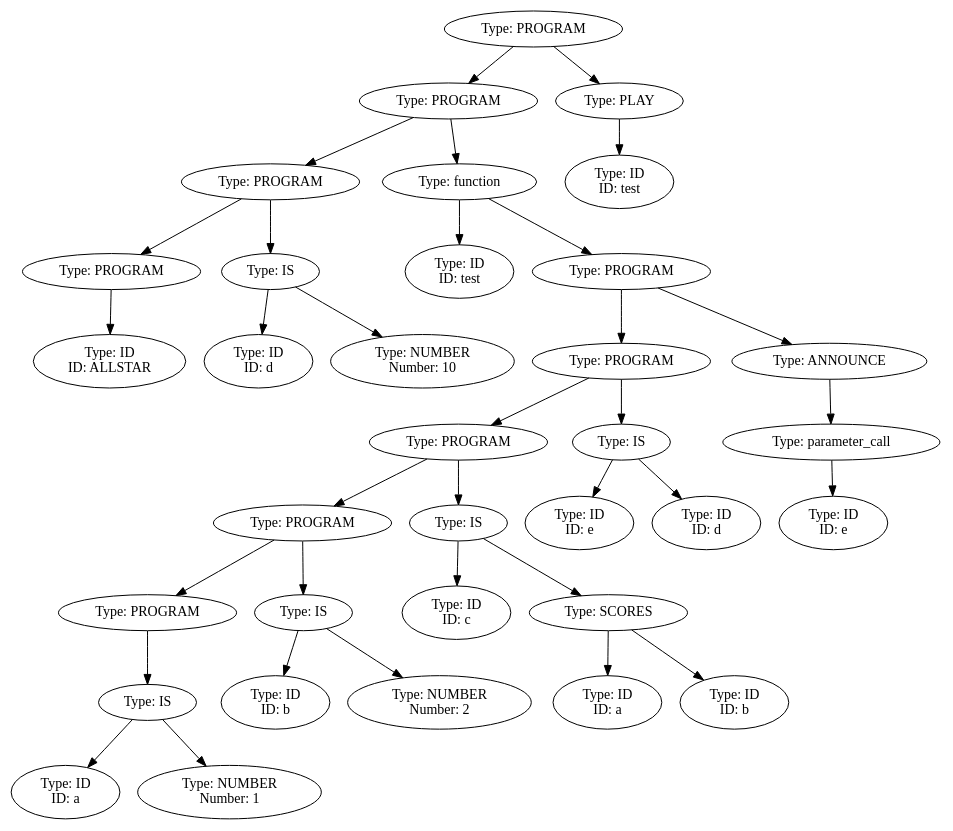
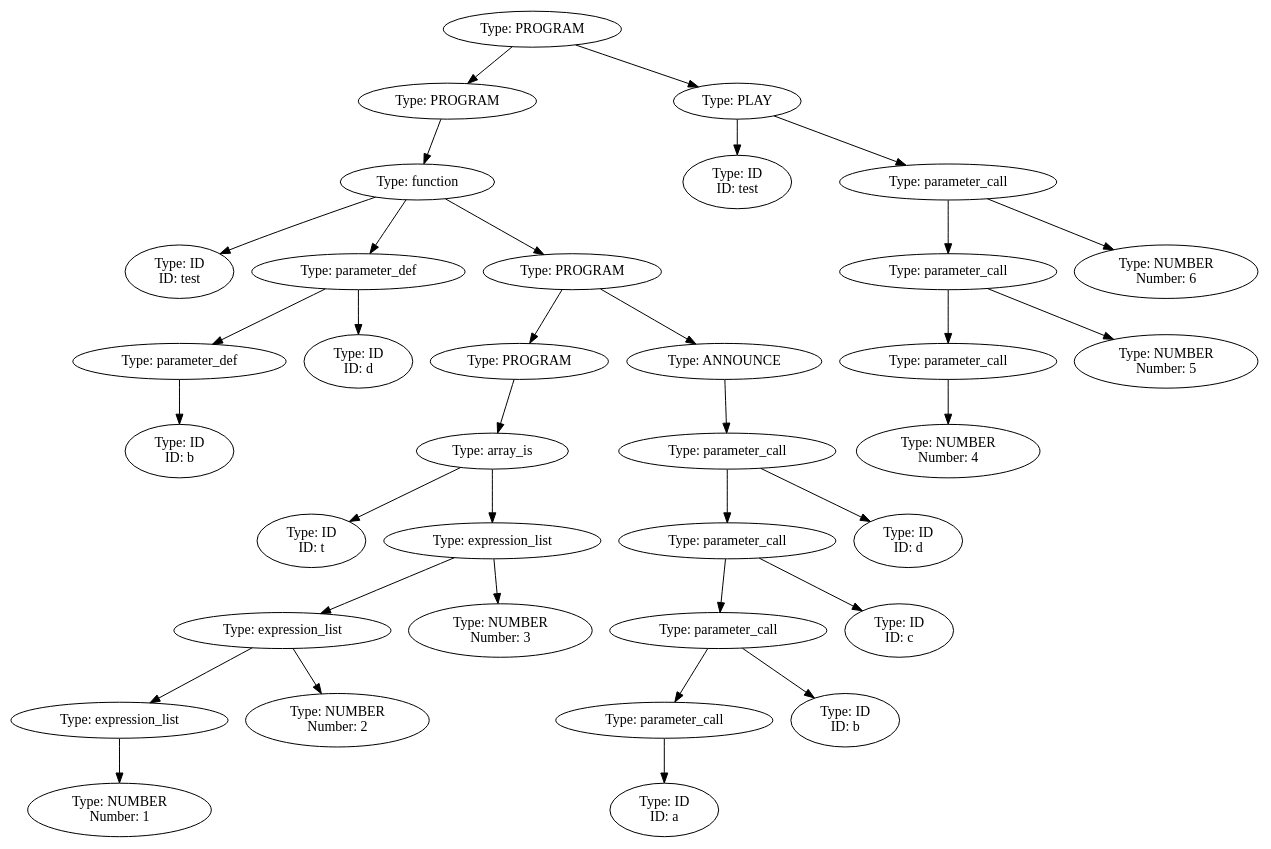
One commit to LCoroniti/SportS changed the diagram in ast.gv. Above: the diagram before and after it, drawn with Graphviz. The commit also changed 29 other files, not shown here.

```diff
--- a/ast.gv
+++ b/ast.gv
@@ -1,69 +1,71 @@
 digraph ast {
-"0x7fffb8622ff0" [label="Type: PROGRAM"];
-"0x7fffb8622ff0" -> "0x7fffb8622f10";
-"0x7fffb8622f10" [label="Type: PROGRAM"];
-"0x7fffb8622f10" -> "0x7fffb8622770";
-"0x7fffb8622770" [label="Type: PROGRAM"];
-"0x7fffb8622770" -> "0x7fffb8622670";
-"0x7fffb8622670" [label="Type: PROGRAM"];
-"0x7fffb8622670" -> "0x7fffb8622610";
-"0x7fffb8622610" [label="Type: ID\nID: ALLSTAR"];
-"0x7fffb8622770" -> "0x7fffb8622730";
-"0x7fffb8622730" [label="Type: IS"];
-"0x7fffb8622730" -> "0x7fffb86226b0";
-"0x7fffb86226b0" [label="Type: ID\nID: d"];
-"0x7fffb8622730" -> "0x7fffb86226f0";
-"0x7fffb86226f0" [label="Type: NUMBER\nNumber: 10"];
-"0x7fffb8622f10" -> "0x7fffb8622ed0";
-"0x7fffb8622ed0" [label="Type: function"];
-"0x7fffb8622ed0" -> "0x7fffb86227d0";
-"0x7fffb86227d0" [label="Type: ID\nID: test"];
-"0x7fffb8622ed0" -> "0x7fffb8622e90";
-"0x7fffb8622e90" [label="Type: PROGRAM"];
-"0x7fffb8622e90" -> "0x7fffb8622d70";
-"0x7fffb8622d70" [label="Type: PROGRAM"];
-"0x7fffb8622d70" -> "0x7fffb8622c50";
-"0x7fffb8622c50" [label="Type: PROGRAM"];
-"0x7fffb8622c50" -> "0x7fffb8622a10";
-"0x7fffb8622a10" [label="Type: PROGRAM"];
-"0x7fffb8622a10" -> "0x7fffb8622910";
-"0x7fffb8622910" [label="Type: PROGRAM"];
-"0x7fffb8622910" -> "0x7fffb86228d0";
-"0x7fffb86228d0" [label="Type: IS"];
-"0x7fffb86228d0" -> "0x7fffb8622830";
-"0x7fffb8622830" [label="Type: ID\nID: a"];
-"0x7fffb86228d0" -> "0x7fffb8622870";
-"0x7fffb8622870" [label="Type: NUMBER\nNumber: 1"];
-"0x7fffb8622a10" -> "0x7fffb86229d0";
-"0x7fffb86229d0" [label="Type: IS"];
-"0x7fffb86229d0" -> "0x7fffb8622950";
-"0x7fffb8622950" [label="Type: ID\nID: b"];
-"0x7fffb86229d0" -> "0x7fffb8622990";
-"0x7fffb8622990" [label="Type: NUMBER\nNumber: 2"];
-"0x7fffb8622c50" -> "0x7fffb8622c10";
-"0x7fffb8622c10" [label="Type: IS"];
-"0x7fffb8622c10" -> "0x7fffb8622ab0";
-"0x7fffb8622ab0" [label="Type: ID\nID: c"];
-"0x7fffb8622c10" -> "0x7fffb8622bd0";
-"0x7fffb8622bd0" [label="Type: SCORES"];
-"0x7fffb8622bd0" -> "0x7fffb8622b10";
-"0x7fffb8622b10" [label="Type: ID\nID: a"];
-"0x7fffb8622bd0" -> "0x7fffb8622b70";
-"0x7fffb8622b70" [label="Type: ID\nID: b"];
-"0x7fffb8622d70" -> "0x7fffb8622d30";
-"0x7fffb8622d30" [label="Type: IS"];
-"0x7fffb8622d30" -> "0x7fffb8622c90";
-"0x7fffb8622c90" [label="Type: ID\nID: e"];
-"0x7fffb8622d30" -> "0x7fffb8622cf0";
-"0x7fffb8622cf0" [label="Type: ID\nID: d"];
-"0x7fffb8622e90" -> "0x7fffb8622e50";
-"0x7fffb8622e50" [label="Type: ANNOUNCE"];
-"0x7fffb8622e50" -> "0x7fffb8622e10";
-"0x7fffb8622e10" [label="Type: parameter_call"];
-"0x7fffb8622e10" -> "0x7fffb8622dd0";
-"0x7fffb8622dd0" [label="Type: ID\nID: e"];
-"0x7fffb8622ff0" -> "0x7fffb8622fb0";
-"0x7fffb8622fb0" [label="Type: PLAY"];
-"0x7fffb8622fb0" -> "0x7fffb8622f70";
-"0x7fffb8622f70" [label="Type: ID\nID: test"];
+"0x7fffc1576fc0" [label="Type: PROGRAM"];
+"0x7fffc1576fc0" -> "0x7fffc1576d60";
+"0x7fffc1576d60" [label="Type: PROGRAM"];
+"0x7fffc1576d60" -> "0x7fffc1576d20";
+"0x7fffc1576d20" [label="Type: function"];
+"0x7fffc1576d20" -> "0x7fffc1576640";
+"0x7fffc1576640" [label="Type: ID\nID: test"];
+"0x7fffc1576d20" -> "0x7fffc1576780";
+"0x7fffc1576780" [label="Type: parameter_def"];
+"0x7fffc1576780" -> "0x7fffc15766e0";
+"0x7fffc15766e0" [label="Type: parameter_def"];
+"0x7fffc15766e0" -> "0x7fffc15766a0";
+"0x7fffc15766a0" [label="Type: ID\nID: b"];
+"0x7fffc1576780" -> "0x7fffc1576740";
+"0x7fffc1576740" [label="Type: ID\nID: d"];
+"0x7fffc1576d20" -> "0x7fffc1576ce0";
+"0x7fffc1576ce0" [label="Type: PROGRAM"];
+"0x7fffc1576ce0" -> "0x7fffc15769e0";
+"0x7fffc15769e0" [label="Type: PROGRAM"];
+"0x7fffc15769e0" -> "0x7fffc15769a0";
+"0x7fffc15769a0" [label="Type: array_is"];
+"0x7fffc15769a0" -> "0x7fffc15767e0";
+"0x7fffc15767e0" [label="Type: ID\nID: t"];
+"0x7fffc15769a0" -> "0x7fffc1576960";
+"0x7fffc1576960" [label="Type: expression_list"];
+"0x7fffc1576960" -> "0x7fffc15768e0";
+"0x7fffc15768e0" [label="Type: expression_list"];
+"0x7fffc15768e0" -> "0x7fffc1576860";
+"0x7fffc1576860" [label="Type: expression_list"];
+"0x7fffc1576860" -> "0x7fffc1576820";
+"0x7fffc1576820" [label="Type: NUMBER\nNumber: 1"];
+"0x7fffc15768e0" -> "0x7fffc15768a0";
+"0x7fffc15768a0" [label="Type: NUMBER\nNumber: 2"];
+"0x7fffc1576960" -> "0x7fffc1576920";
+"0x7fffc1576920" [label="Type: NUMBER\nNumber: 3"];
+"0x7fffc1576ce0" -> "0x7fffc1576ca0";
+"0x7fffc1576ca0" [label="Type: ANNOUNCE"];
+"0x7fffc1576ca0" -> "0x7fffc1576c60";
+"0x7fffc1576c60" [label="Type: parameter_call"];
+"0x7fffc1576c60" -> "0x7fffc1576be0";
+"0x7fffc1576be0" [label="Type: parameter_call"];
+"0x7fffc1576be0" -> "0x7fffc1576b40";
+"0x7fffc1576b40" [label="Type: parameter_call"];
+"0x7fffc1576b40" -> "0x7fffc1576aa0";
+"0x7fffc1576aa0" [label="Type: parameter_call"];
+"0x7fffc1576aa0" -> "0x7fffc1576a40";
+"0x7fffc1576a40" [label="Type: ID\nID: a"];
+"0x7fffc1576b40" -> "0x7fffc1576ae0";
+"0x7fffc1576ae0" [label="Type: ID\nID: b"];
+"0x7fffc1576be0" -> "0x7fffc1576b80";
+"0x7fffc1576b80" [label="Type: ID\nID: c"];
+"0x7fffc1576c60" -> "0x7fffc1576c20";
+"0x7fffc1576c20" [label="Type: ID\nID: d"];
+"0x7fffc1576fc0" -> "0x7fffc1576f80";
+"0x7fffc1576f80" [label="Type: PLAY"];
+"0x7fffc1576f80" -> "0x7fffc1576dc0";
+"0x7fffc1576dc0" [label="Type: ID\nID: test"];
+"0x7fffc1576f80" -> "0x7fffc1576f40";
+"0x7fffc1576f40" [label="Type: parameter_call"];
+"0x7fffc1576f40" -> "0x7fffc1576ec0";
+"0x7fffc1576ec0" [label="Type: parameter_call"];
+"0x7fffc1576ec0" -> "0x7fffc1576e40";
+"0x7fffc1576e40" [label="Type: parameter_call"];
+"0x7fffc1576e40" -> "0x7fffc1576e00";
+"0x7fffc1576e00" [label="Type: NUMBER\nNumber: 4"];
+"0x7fffc1576ec0" -> "0x7fffc1576e80";
+"0x7fffc1576e80" [label="Type: NUMBER\nNumber: 5"];
+"0x7fffc1576f40" -> "0x7fffc1576f00";
+"0x7fffc1576f00" [label="Type: NUMBER\nNumber: 6"];
 }
```
